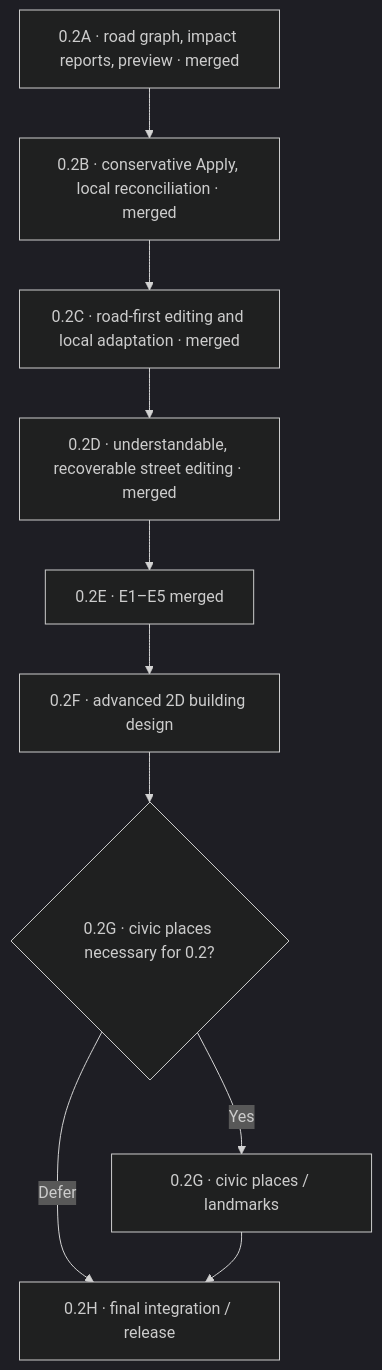
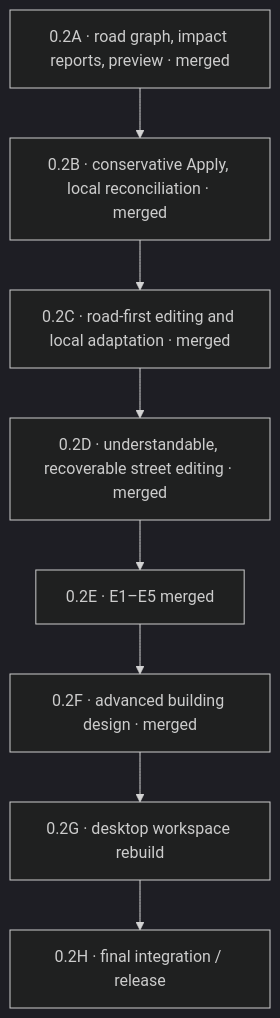
Before and after one commit to xbwtyz/Mappo: the diagram in docs/plans/0.2/README.md, drawn with Mermaid (dark theme). The commit also changed other lines of this file and 5 other files, not shown here.

Commit message:
Plan the Mappo 0.2G desktop UI rebuild [skip ci]

````diff
--- a/docs/plans/0.2/README.md
+++ b/docs/plans/0.2/README.md
@@ -15,12 +15,10 @@
 ```mermaid
 flowchart TD
   A["0.2A · road graph, impact reports, preview · merged"] --> B["0.2B · conservative Apply, local reconciliation · merged"]
   B --> C["0.2C · road-first editing and local adaptation · merged"]
   C --> D["0.2D · understandable, recoverable street editing · merged"]
   D --> E["0.2E · E1–E5 merged"]
-  E --> F["0.2F · advanced 2D building design"]
-  F --> G{"0.2G · civic places necessary for 0.2?"}
-  G -->|Yes| G1["0.2G · civic places / landmarks"]
-  G -->|Defer| H["0.2H · final integration / release"]
-  G1 --> H
+  E --> F["0.2F · advanced building design · merged"]
+  F --> G["0.2G · desktop workspace rebuild"]
+  G --> H["0.2H · final integration / release"]
 ```
````
